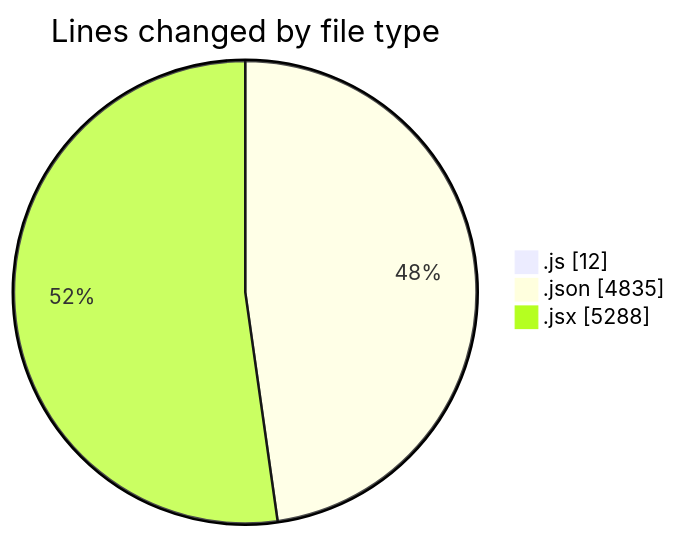
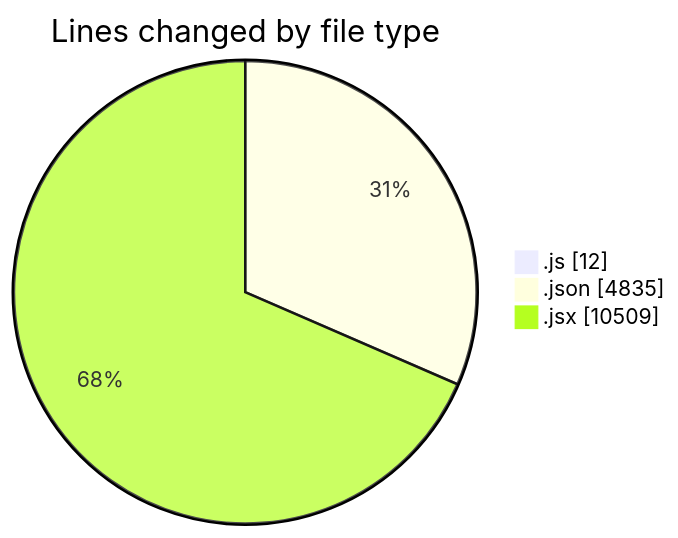
The first of 2 diagrams in 2026-11-21/nashik-misal-queue/README.md (nxtqubesakshisongat/code-tracking), drawn with Mermaid before and after one commit. The commit also changed other lines of this file and 1 other file, not shown here.

````diff
--- a/2026-11-21/nashik-misal-queue/README.md
+++ b/2026-11-21/nashik-misal-queue/README.md
@@ -30,7 +30,7 @@
 ```mermaid
 pie showData
 title Lines changed by file type
 ".js" : 12
 ".json" : 4835
-".jsx" : 5288
+".jsx" : 10509
 ```
````
